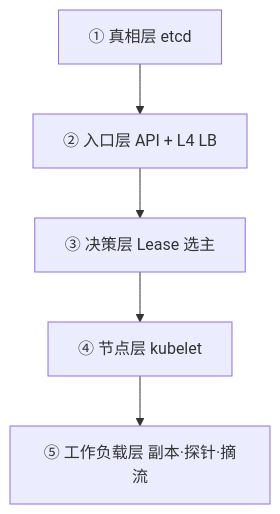
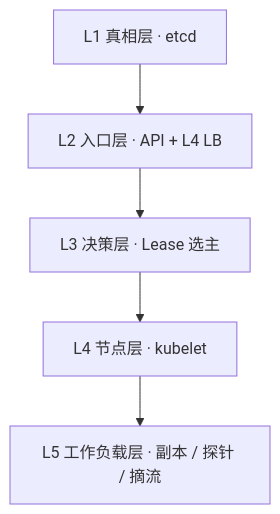
The fourth of 4 diagrams in 20-architecture/23-kubernetes-control-plane-doctrine.md (xiaxinyu/knowledge_base), drawn with Mermaid before and after one commit. The commit also changed other lines of this file, not shown here.

````diff
--- a/20-architecture/23-kubernetes-control-plane-doctrine.md
+++ b/20-architecture/23-kubernetes-control-plane-doctrine.md
@@ -406,10 +385,10 @@
 ```mermaid
 %% K8s 控制平面分层：etcd 真相层 → API 层 → 控制器层 → 工作节点层
 flowchart TB
-  L1["① 真相层 etcd"]
-  L2["② 入口层 API + L4 LB"]
-  L3["③ 决策层 Lease 选主"]
-  L4["④ 节点层 kubelet"]
-  L5["⑤ 工作负载层 副本·探针·摘流"]
+  L1["L1 真相层 · etcd"]
+  L2["L2 入口层 · API + L4 LB"]
+  L3["L3 决策层 · Lease 选主"]
+  L4["L4 节点层 · kubelet"]
+  L5["L5 工作负载层 · 副本 / 探针 / 摘流"]
   L1 --> L2 --> L3 --> L4 --> L5
 ```
````
